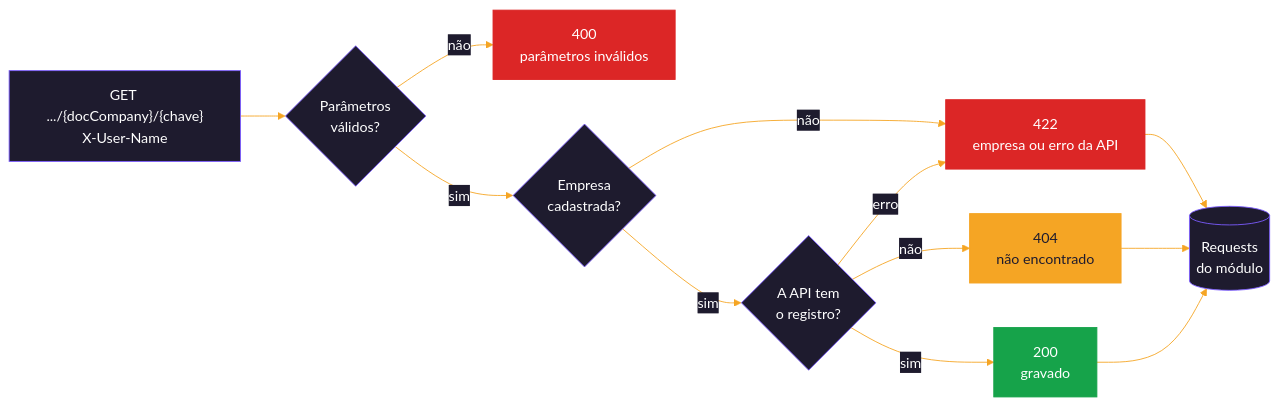
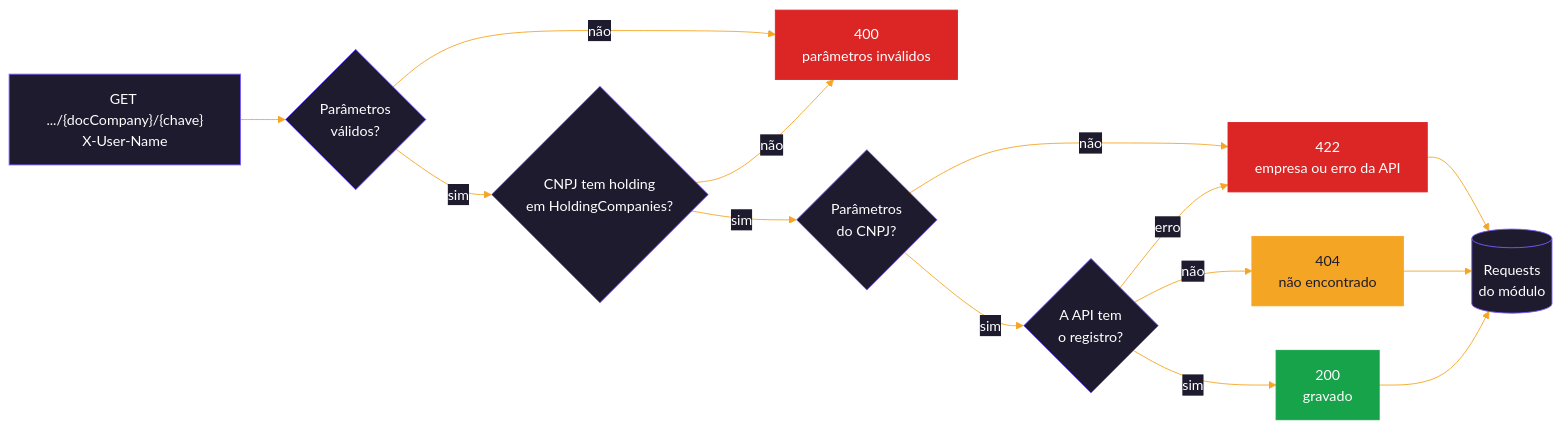
One commit to cayo-kume/extract-transform-load-integrations-system changed the fifth of 11 diagrams in README.md. Above: the diagram before and after it, drawn with Mermaid. The commit also changed other lines of this file and 17 other files, not shown here.

````diff
--- a/README.md
+++ b/README.md
@@ -251,22 +268,24 @@
 ```mermaid
 %%{init: {'theme':'base','themeVariables':{'primaryColor':'#1e1b2e','primaryTextColor':'#ffffff','primaryBorderColor':'#7c5cff','lineColor':'#f5a524','textColor':'#1e1b2e','clusterBkg':'#f5f3ff','clusterBorder':'#7c5cff','titleColor':'#1e1b2e','edgeLabelBackground':'#1e1b2e'}}}%%
 flowchart LR
     REQ["GET .../{docCompany}/{chave}<br/>X-User-Name"] --> V{"Parâmetros<br/>válidos?"}
     V -- não --> E400["400<br/>parâmetros inválidos"]
-    V -- sim --> C{"Empresa<br/>cadastrada?"}
+    V -- sim --> H{"CNPJ tem holding<br/>em HoldingCompanies?"}
+    H -- não --> E400
+    H -- sim --> C{"Parâmetros<br/>do CNPJ?"}
     C -- não --> E422["422<br/>empresa ou erro da API"]
     C -- sim --> API{"A API tem<br/>o registro?"}
     API -- erro --> E422
     API -- não --> E404["404<br/>não encontrado"]
     API -- sim --> OK["200<br/>gravado"]
     OK --> LOG[("Requests<br/>do módulo")]
     E404 --> LOG
     E422 --> LOG
 
     classDef ok fill:#16a34a,stroke:#16a34a,color:#ffffff
     classDef warn fill:#f5a524,stroke:#f5a524,color:#1e1b2e
     classDef err fill:#dc2626,stroke:#dc2626,color:#ffffff
     class OK ok
     class E404 warn
     class E400,E422 err
 ```
````
